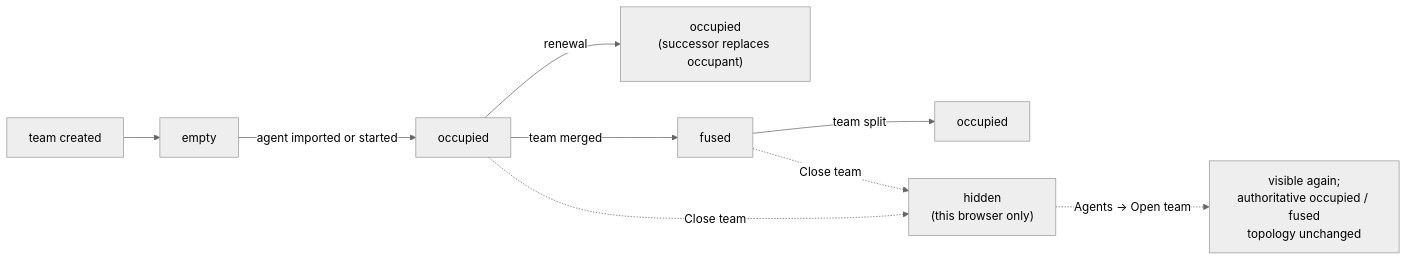
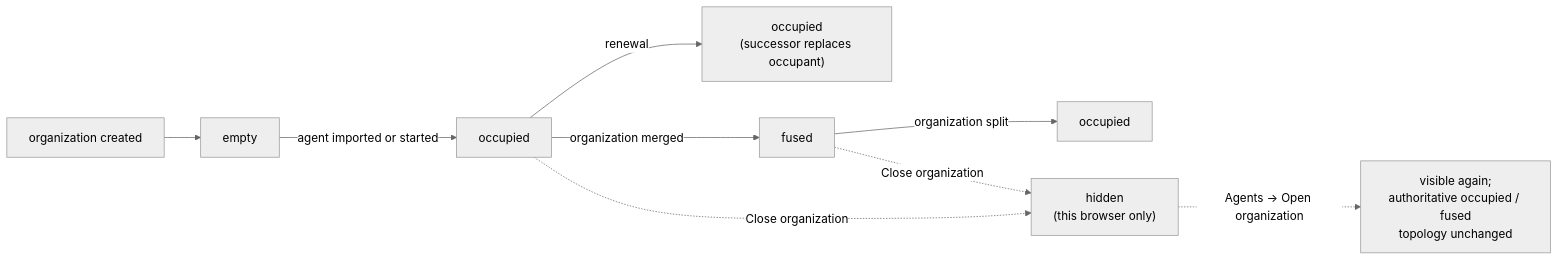
Diagram 13 of 17 in docs/product/loops.md (infimalabs/spice-rust), drawn with Mermaid (neutral theme) before and after one commit. The commit also changed other lines of this file and 99 other files, not shown here.

````diff
--- a/docs/product/loops.md
+++ b/docs/product/loops.md
@@ -362,11 +362,11 @@
 ```mermaid
 flowchart LR
-  C["team created"] --> E["empty"]
+  C["organization created"] --> E["empty"]
   E -->|"agent imported or started"| O["occupied"]
   O -->|"renewal"| OR["occupied<br/>(successor replaces occupant)"]
-  O -->|"team merged"| F["fused"]
-  F -->|"team split"| OS["occupied"]
-  O -.->|"Close team"| H["hidden<br/>(this browser only)"]
-  F -.->|"Close team"| H
-  H -.->|"Agents → Open team"| V["visible again;<br/>authoritative occupied / fused<br/>topology unchanged"]
+  O -->|"organization merged"| F["fused"]
+  F -->|"organization split"| OS["occupied"]
+  O -.->|"Close organization"| H["hidden<br/>(this browser only)"]
+  F -.->|"Close organization"| H
+  H -.->|"Agents → Open organization"| V["visible again;<br/>authoritative occupied / fused<br/>topology unchanged"]
 ```
````
